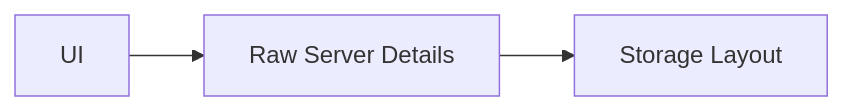
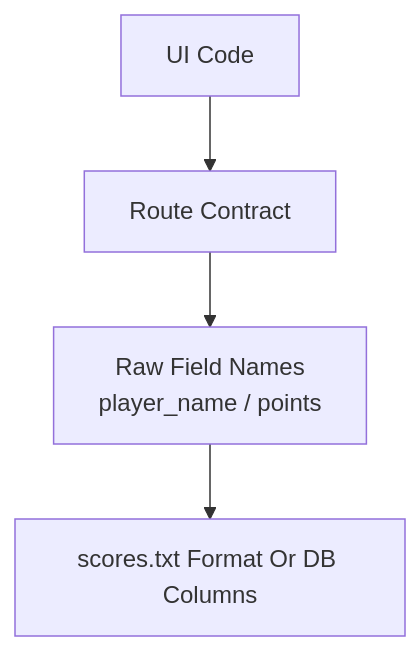
The fifth of 7 diagrams in docs/slides/lecture-16-design-principles-solid-and-modularity.md (kentcs/software-engineering), drawn with Mermaid before and after one commit. The commit also changed other lines of this file and 9 other files, not shown here.

````diff
--- a/docs/slides/lecture-16-design-principles-solid-and-modularity.md
+++ b/docs/slides/lecture-16-design-principles-solid-and-modularity.md
@@ -520,5 +525,6 @@
 ```mermaid
-flowchart LR
-    ui[UI] --> raw[Raw Server Details]
-    raw --> storage[Storage Layout]
+flowchart TD
+    ui["UI Code"] --> route["Route Contract"]
+    route --> raw["Raw Field Names<br/>player_name / points"]
+    raw --> storage["scores.txt Format Or DB Columns"]
 ```
````
